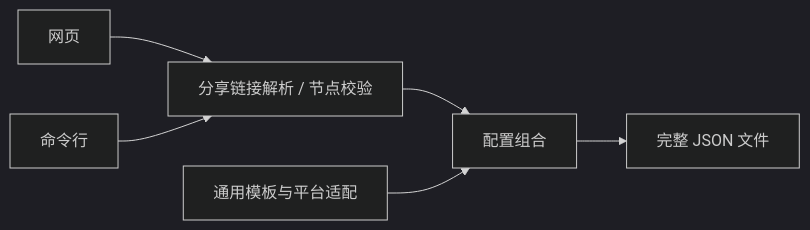
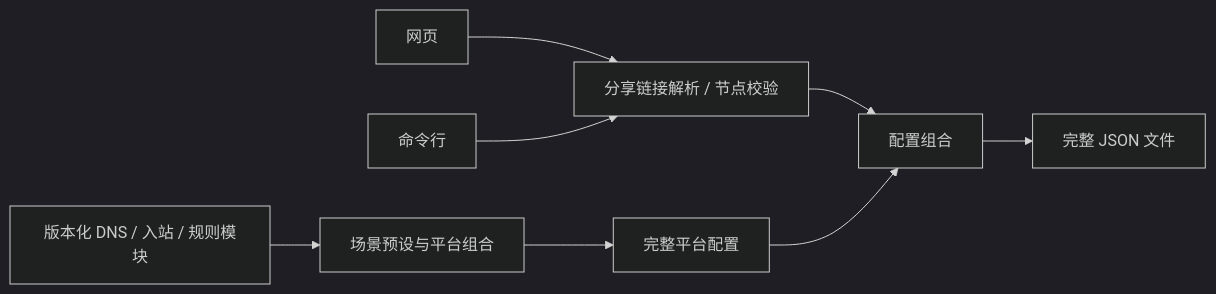
Before and after one commit to qixuancao/sing-box-config-templates: the diagram in docs/architecture.md, drawn with Mermaid (dark theme). The commit also changed other lines of this file and 115 other files, not shown here.

````diff
--- a/docs/architecture.md
+++ b/docs/architecture.md
@@ -6,8 +6,10 @@
 ```mermaid
 flowchart LR
   Web[网页] --> Parse[分享链接解析 / 节点校验]
   CLI[命令行] --> Parse
   Parse --> Render[配置组合]
-  Templates[通用模板与平台适配] --> Render
+  Modules[版本化 DNS / 入站 / 规则模块] --> Build[场景预设与平台组合]
+  Build --> Templates[完整平台配置]
+  Templates --> Render
   Render --> JSON[完整 JSON 文件]
 ```
````
